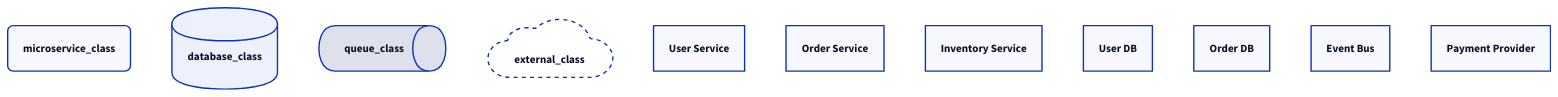
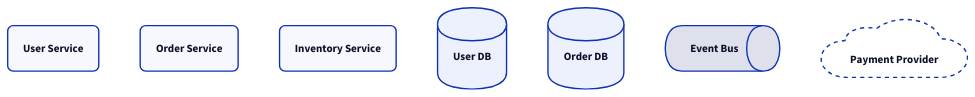
Before and after one commit to afterthought/t2d-kit: the fifth of 9 diagrams in src/t2d_kit/agents/t2d-d2-generator.md, drawn with D2. The commit also changed other lines of this file and 2 other files, not shown here.

Commit message:
feat: enhance D2 diagram generator documentation with valid style attributes and usage guidelines; update UserRecipe model for improved diagram request validation

````diff
--- a/src/t2d_kit/agents/t2d-d2-generator.md
+++ b/src/t2d_kit/agents/t2d-d2-generator.md
@@ -209,31 +256,33 @@
 ```d2
-# Define consistent styles for different component types
-microservice_class: {
-  shape: rectangle
-  style.border-radius: 8
-}
+classes: {
+  # Define consistent styles for different component types
+  microservice_class: {
+    shape: rectangle
+    style.border-radius: 8
+  }
 
-database_class: {
-  shape: cylinder
-}
+  database_class: {
+    shape: cylinder
+  }
 
-queue_class: {
-  shape: queue
-}
+  queue_class: {
+    shape: queue
+  }
 
-external_class: {
-  shape: cloud
-  style.stroke-dash: 3
+  external_class: {
+    shape: cloud
+    style.stroke-dash: 3
+  }
 }
 
 # Apply consistently across the diagram
 user_service: User Service { class: microservice_class }
 order_service: Order Service { class: microservice_class }
 inventory_service: Inventory Service { class: microservice_class }
 
 user_db: User DB { class: database_class }
 order_db: Order DB { class: database_class }
 
 message_queue: Event Bus { class: queue_class }
 external_payment: Payment Provider { class: external_class }
 ```
````
